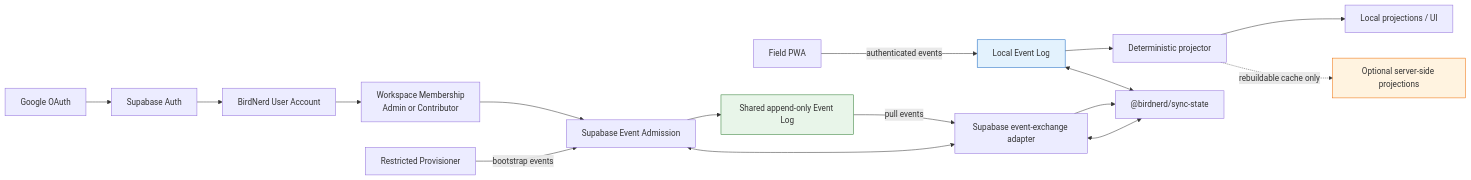
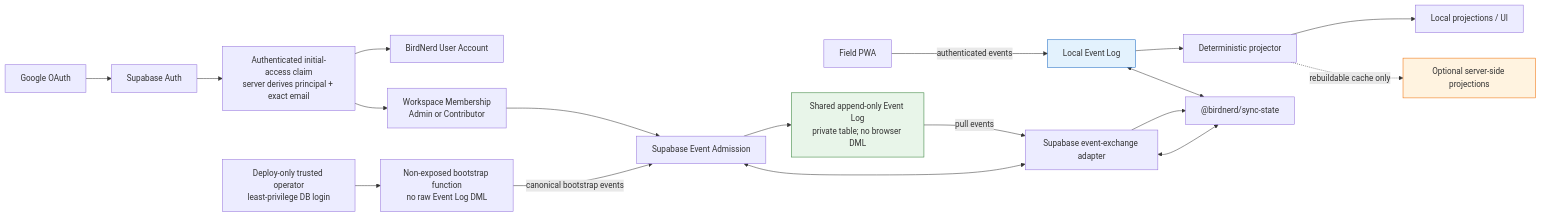
The first of 3 diagrams in docs/adr/0016-event-sourced-collaboration-architecture-diagrams.md (kenshih/birdnerd), drawn with Mermaid before and after one commit. The commit also changed other lines of this file and 8 other files, not shown here.

````diff
--- a/docs/adr/0016-event-sourced-collaboration-architecture-diagrams.md
+++ b/docs/adr/0016-event-sourced-collaboration-architecture-diagrams.md
@@ -11,27 +10,28 @@
 ```mermaid
 flowchart LR
   Google[Google OAuth] --> SA[Supabase Auth]
-  SA --> Identity[BirdNerd User Account]
-
-  Identity --> Membership[Workspace Membership<br/>Admin or Contributor]
+  SA --> Claim[Authenticated initial-access claim<br/>server derives principal + exact email]
+  Claim --> Identity[BirdNerd User Account]
+  Claim --> Membership[Workspace Membership<br/>Admin or Contributor]
   Membership --> Admission[Supabase Event Admission]
 
-  Provisioner[Restricted Provisioner] -->|bootstrap events| Admission
+  Provisioner[Deploy-only trusted operator<br/>least-privilege DB login] --> Bootstrap[Non-exposed bootstrap function<br/>no raw Event Log DML]
+  Bootstrap -->|canonical bootstrap events| Admission
   Field[Field PWA] -->|authenticated events| LocalLog[Local Event Log]
   LocalLog --> Projector[Deterministic projector]
   Projector --> LocalView[Local projections / UI]
 
   LocalLog <--> SyncState["@birdnerd/sync-state"]
   SyncState <--> SupabaseAdapter[Supabase event-exchange adapter]
   SupabaseAdapter <--> Admission
-  Admission --> SharedLog[Shared append-only Event Log]
+  Admission --> SharedLog[Shared append-only Event Log<br/>private table; no browser DML]
 
   SharedLog -->|pull events| SupabaseAdapter
   SupabaseAdapter --> SyncState
 
   Projector -. rebuildable cache only .-> ServerCache[Optional server-side projections]
 
   style SharedLog fill:#e8f5e9,stroke:#2e7d32
   style LocalLog fill:#e3f2fd,stroke:#1565c0
   style ServerCache fill:#fff3e0,stroke:#ef6c00
 ```
````
